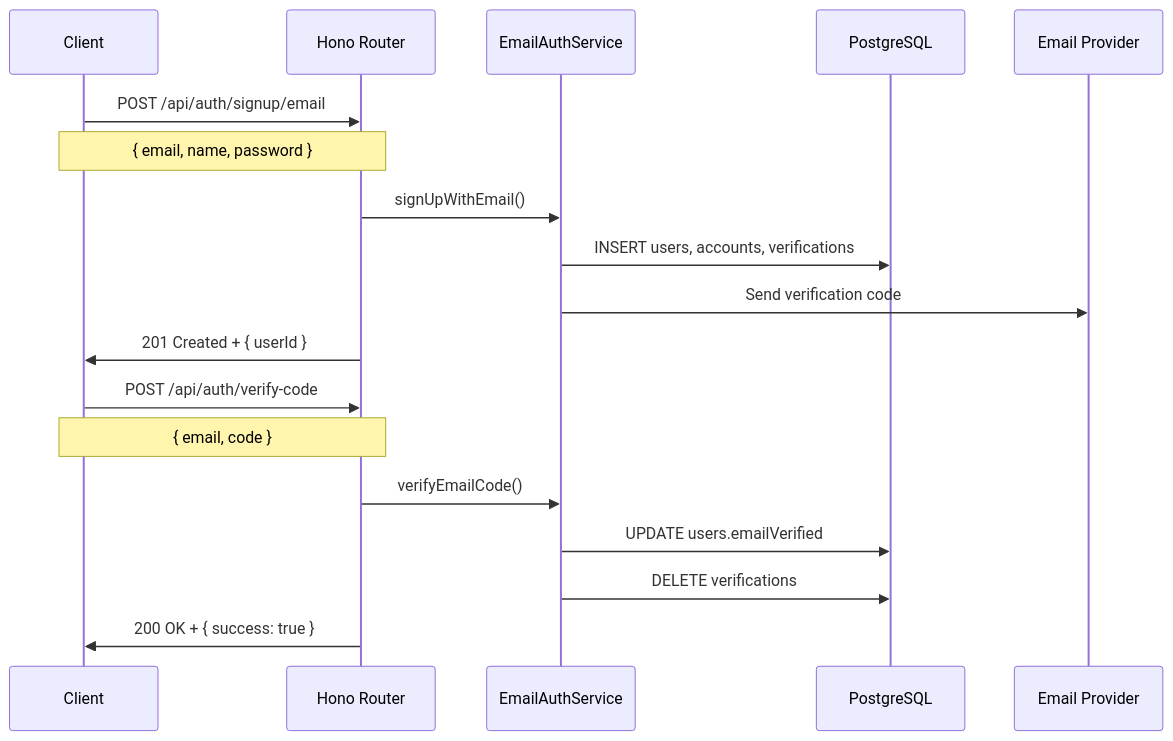
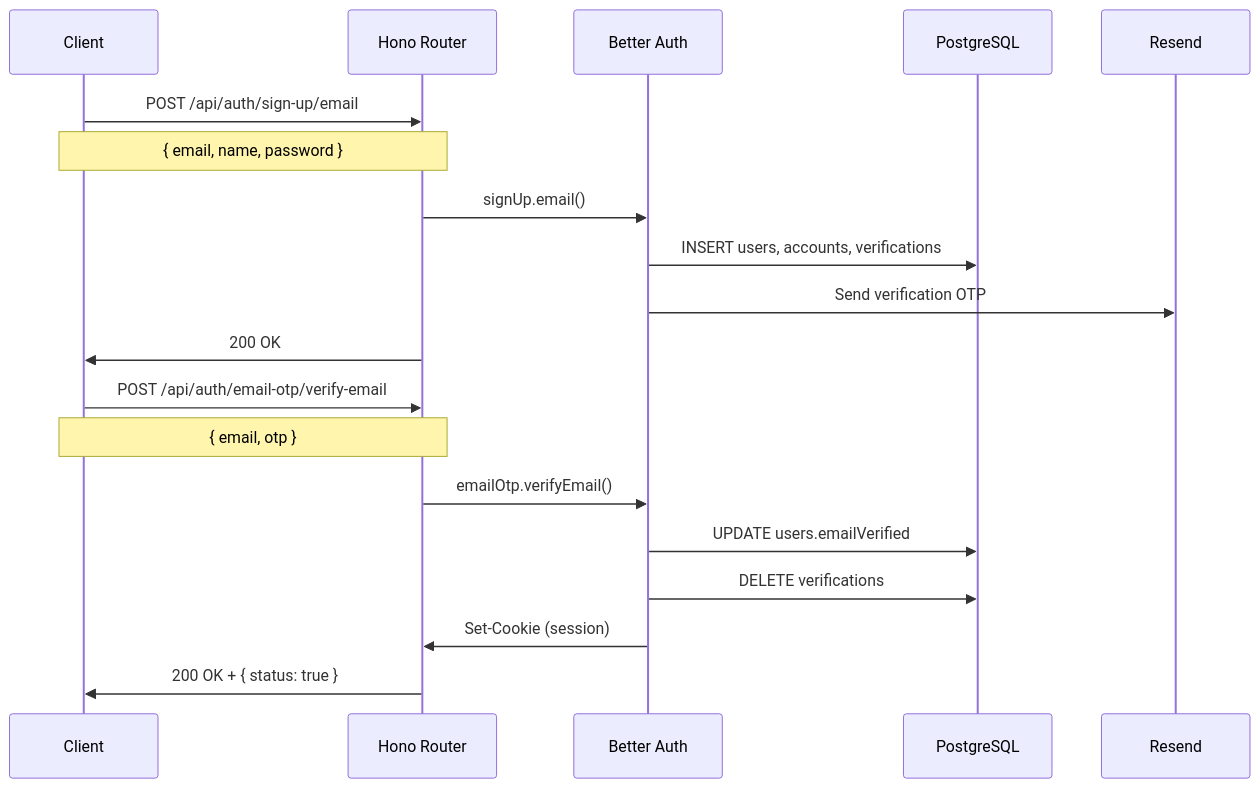
One commit to SINGH-RAJVEER/slidesage changed the first of 7 diagrams in docs/REQUEST_FLOWS.md. Above: the diagram before and after it, drawn with Mermaid. The commit also changed other lines of this file and 21 other files, not shown here.

First line of the commit message:
feat: auth overhaul with email OTP, forgot/reset password, and CORS fix

````diff
--- a/docs/REQUEST_FLOWS.md
+++ b/docs/REQUEST_FLOWS.md
@@ -7,24 +7,25 @@
 ```mermaid
 sequenceDiagram
     participant Client as Client
     participant Hono as Hono Router
-    participant EmailAuth as EmailAuthService
+    participant Auth as Better Auth
     participant DB as PostgreSQL
-    participant Email as Email Provider
+    participant Email as Resend
 
-    Client->>Hono: POST /api/auth/signup/email
+    Client->>Hono: POST /api/auth/sign-up/email
     Note over Client,Hono: { email, name, password }
 
-    Hono->>EmailAuth: signUpWithEmail()
-    EmailAuth->>DB: INSERT users, accounts, verifications
-    EmailAuth->>Email: Send verification code
-    Hono->>Client: 201 Created + { userId }
+    Hono->>Auth: signUp.email()
+    Auth->>DB: INSERT users, accounts, verifications
+    Auth->>Email: Send verification OTP
+    Hono->>Client: 200 OK
 
-    Client->>Hono: POST /api/auth/verify-code
-    Note over Client,Hono: { email, code }
+    Client->>Hono: POST /api/auth/email-otp/verify-email
+    Note over Client,Hono: { email, otp }
 
-    Hono->>EmailAuth: verifyEmailCode()
-    EmailAuth->>DB: UPDATE users.emailVerified
-    EmailAuth->>DB: DELETE verifications
-    Hono->>Client: 200 OK + { success: true }
+    Hono->>Auth: emailOtp.verifyEmail()
+    Auth->>DB: UPDATE users.emailVerified
+    Auth->>DB: DELETE verifications
+    Auth->>Hono: Set-Cookie (session)
+    Hono->>Client: 200 OK + { status: true }
 ```
````
